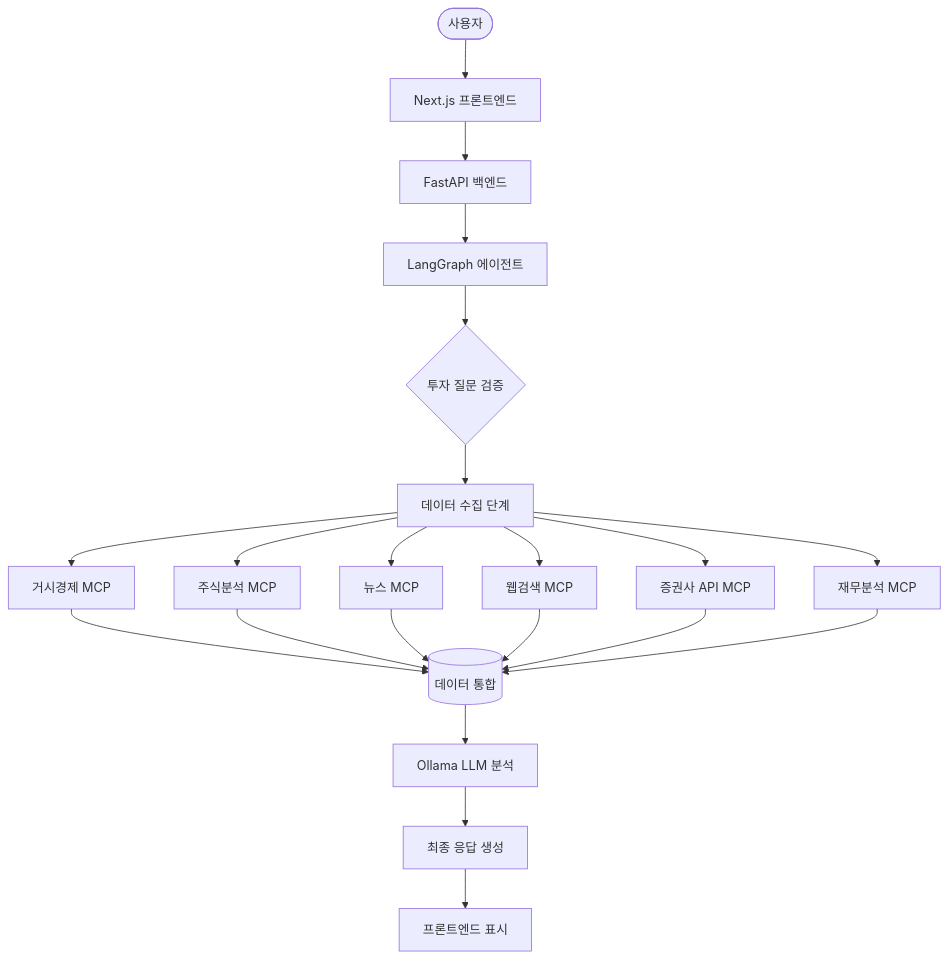
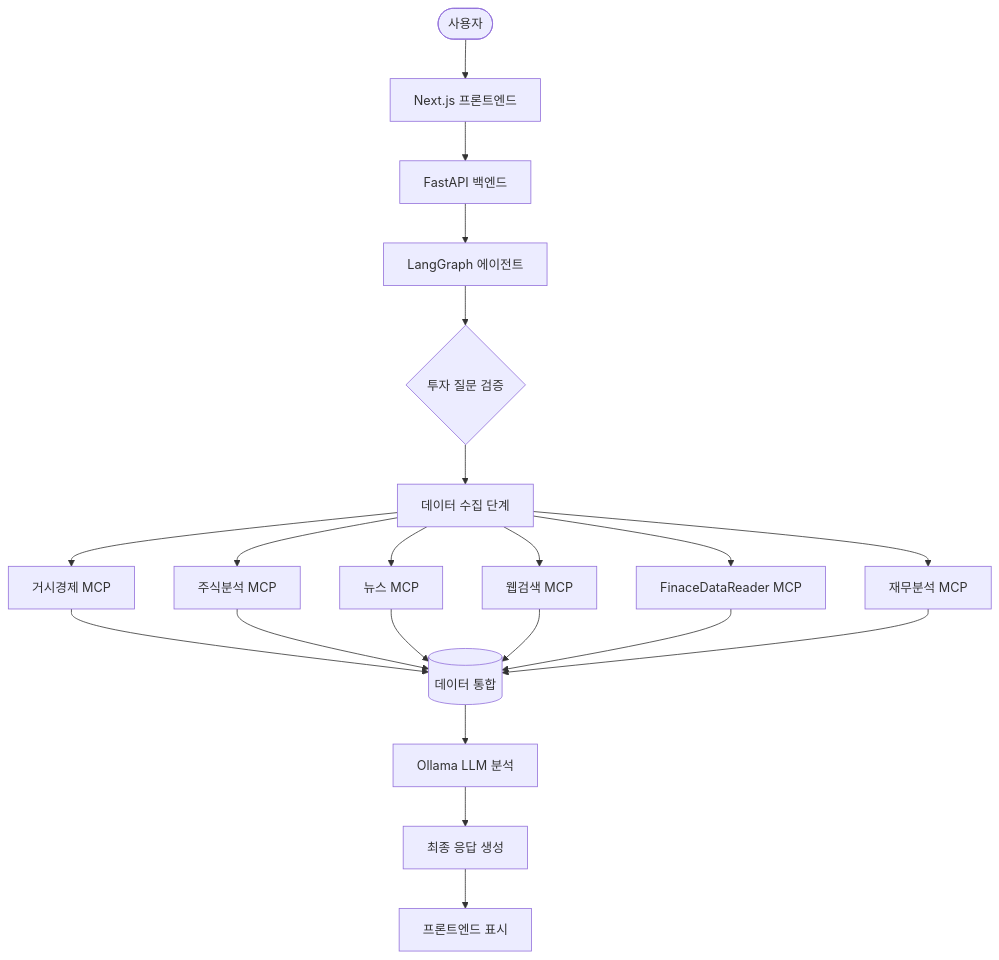
Before and after one commit to myoungjelee/AI_MCP_A2A: the diagram in README.md, drawn with Mermaid.

Commit message:
README 수정

````diff
--- a/README.md
+++ b/README.md
@@ -37,27 +37,27 @@
 ```mermaid
 flowchart TD
     A([사용자]) --> B[Next.js 프론트엔드]
     B --> C[FastAPI 백엔드]
     C --> D[LangGraph 에이전트]
 
     D --> E{투자 질문 검증}
     E --> F[데이터 수집 단계]
 
     F --> G[거시경제 MCP]
     F --> H[주식분석 MCP]
     F --> I[뉴스 MCP]
     F --> J[웹검색 MCP]
-    F --> K[증권사 API MCP]
+    F --> K[FinaceDataReader MCP]
     F --> L[재무분석 MCP]
 
     G --> M[(데이터 통합)]
     H --> M
     I --> M
     J --> M
     K --> M
     L --> M
 
     M --> N[Ollama LLM 분석]
     N --> O[최종 응답 생성]
     O --> P[프론트엔드 표시]
 ```
````
